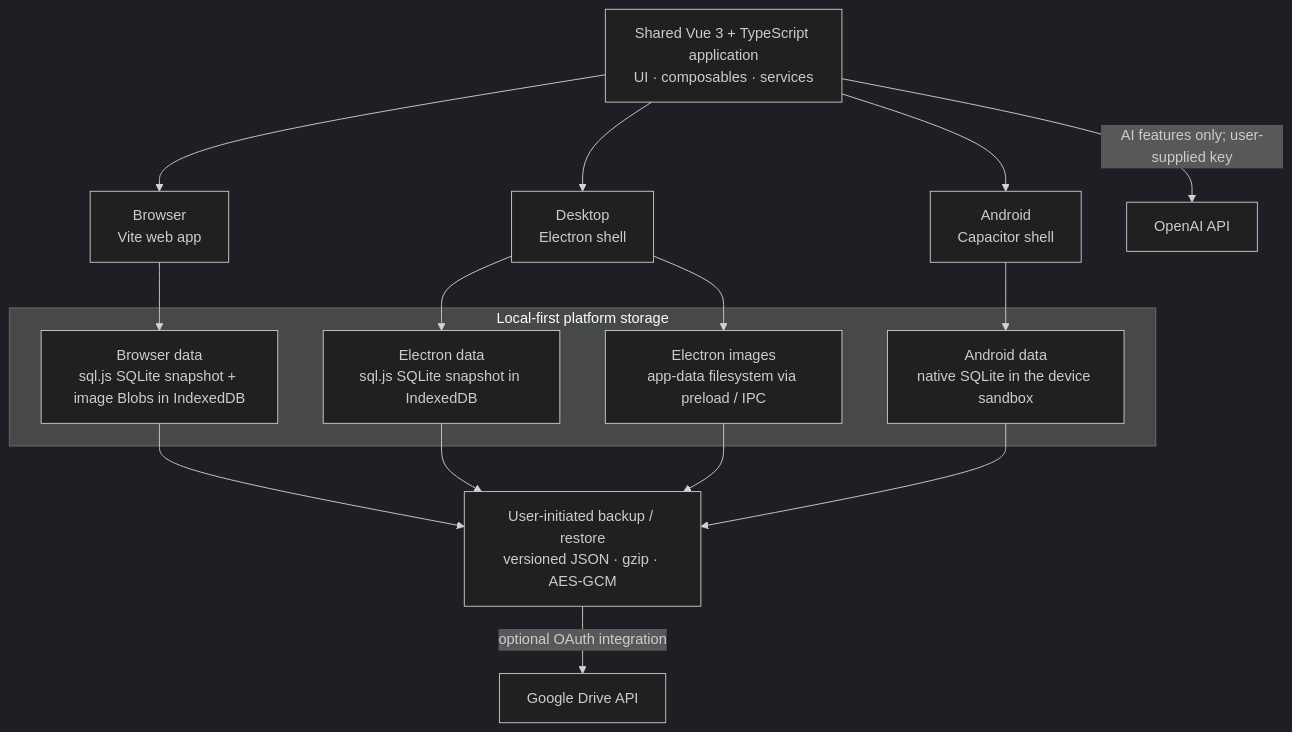
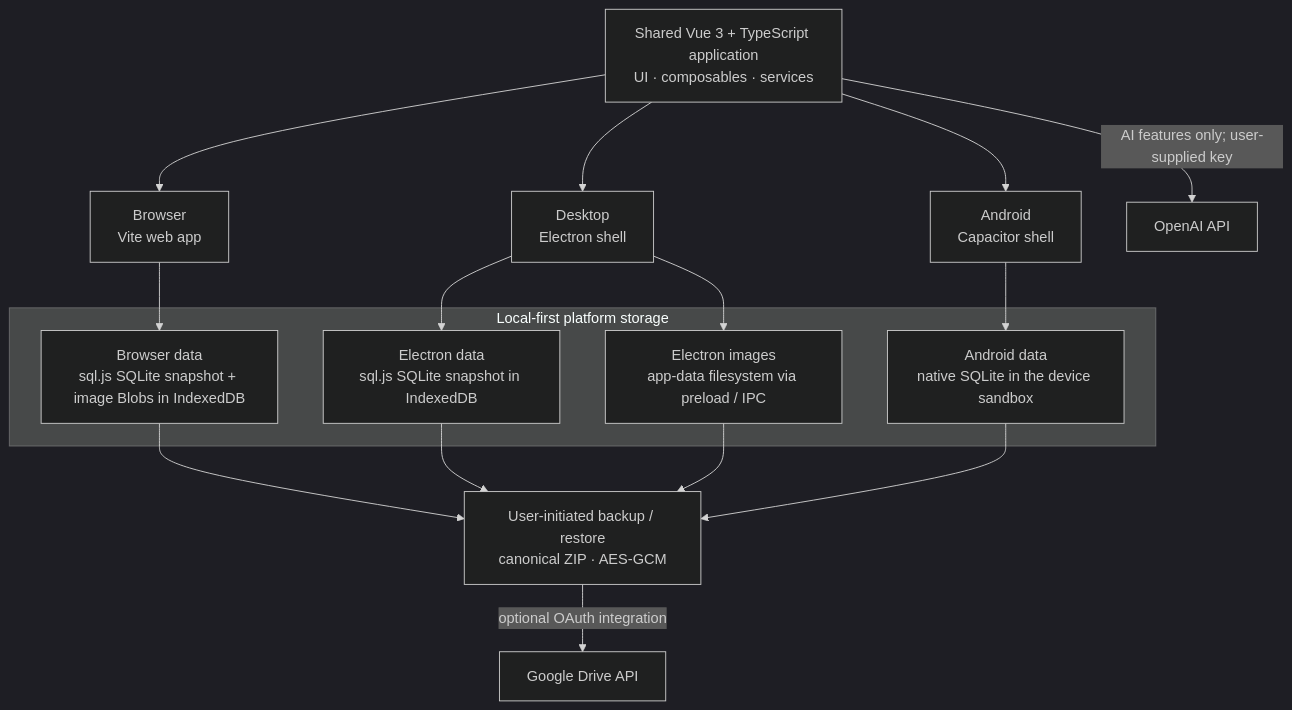
Before and after one commit to gennitdev/ai-beta-reader-frontend: the diagram in README.md, drawn with Mermaid (dark theme). The commit also changed other lines of this file and 7 other files, not shown here.

````diff
--- a/README.md
+++ b/README.md
@@ -28,28 +28,28 @@
 ```mermaid
 flowchart TB
   app["Shared Vue 3 + TypeScript application<br/>UI · composables · services"]
 
   app --> web["Browser<br/>Vite web app"]
   app --> electron["Desktop<br/>Electron shell"]
   app --> android["Android<br/>Capacitor shell"]
 
   subgraph local["Local-first platform storage"]
     webDb["Browser data<br/>sql.js SQLite snapshot + image Blobs in IndexedDB"]
     electronDb["Electron data<br/>sql.js SQLite snapshot in IndexedDB"]
     electronImages["Electron images<br/>app-data filesystem via preload / IPC"]
     androidDb["Android data<br/>native SQLite in the device sandbox"]
   end
 
   web --> webDb
   electron --> electronDb
   electron --> electronImages
   android --> androidDb
 
   app -->|"AI features only; user-supplied key"| openai["OpenAI API"]
 
-  webDb --> backup["User-initiated backup / restore<br/>versioned JSON · gzip · AES-GCM"]
+  webDb --> backup["User-initiated backup / restore<br/>canonical ZIP · AES-GCM"]
   electronDb --> backup
   electronImages --> backup
   androidDb --> backup
   backup -->|"optional OAuth integration"| drive["Google Drive API"]
 ```
````
